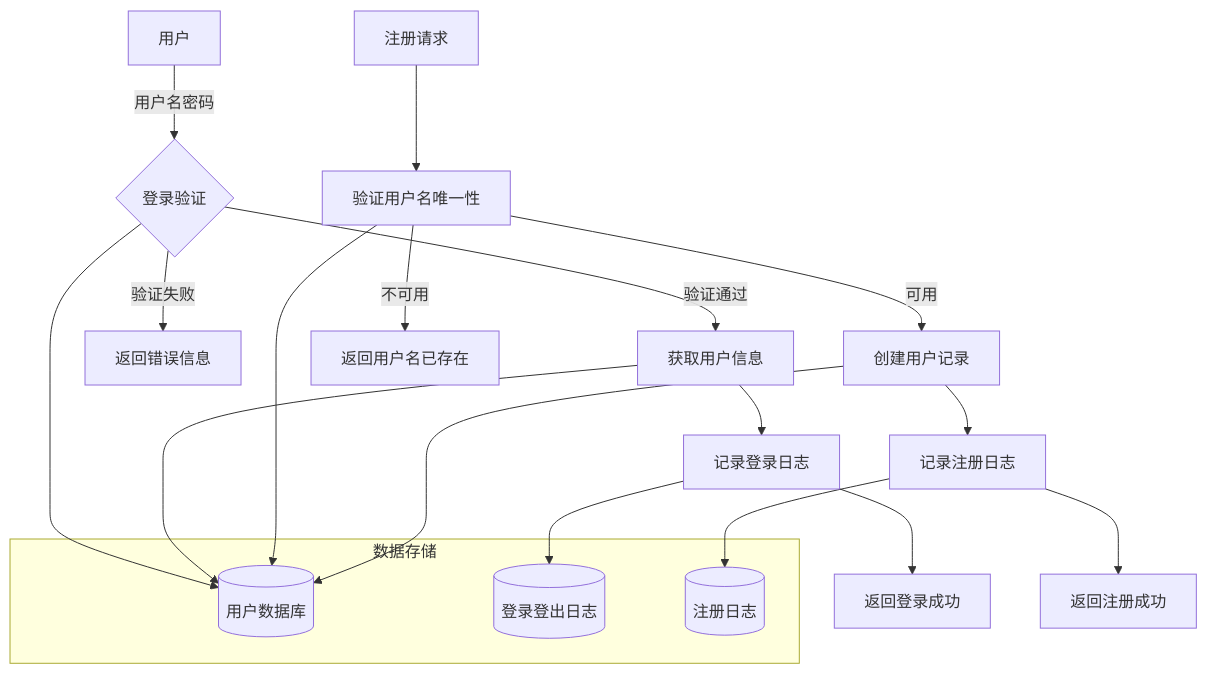
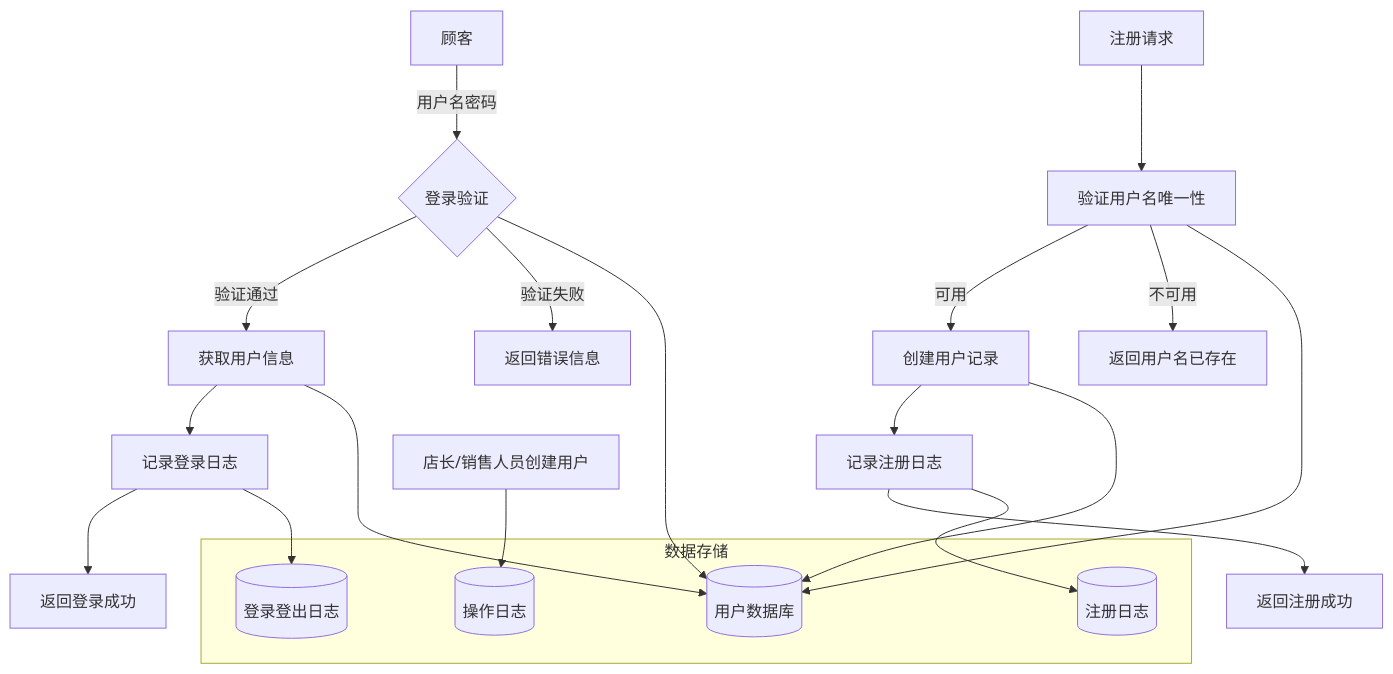
One commit to yuki-cjm/Bookstore-2025 changed the sixth of 8 diagrams in 需求分析文档.md. Above: the diagram before and after it, drawn with Mermaid. The commit also changed other lines of this file, not shown here.

````diff
--- a/需求分析文档.md
+++ b/需求分析文档.md
@@ -189,29 +200,32 @@
 ```mermaid
 graph TD
-    A[用户] -->|用户名密码| B{登录验证}
+    A[顾客] -->|用户名密码| B{登录验证}
     B -->|验证通过| C[获取用户信息]
     B -->|验证失败| D[返回错误信息]
     
     C --> E[记录登录日志]
     E --> F[返回登录成功]
     
     G[注册请求] --> H[验证用户名唯一性]
     H -->|可用| I[创建用户记录]
     H -->|不可用| J[返回用户名已存在]
     
     I --> K[记录注册日志]
     K --> L[返回注册成功]
     
     subgraph "数据存储"
         M[(用户数据库)]
         N[(登录登出日志)]
         O[(注册日志)]
+        P[(操作日志)]
     end
     
     B --> M
     C --> M
     H --> M
     I --> M
     E --> N
     K --> O
+
+    AA[店长/销售人员创建用户]-->P
 ```
````
